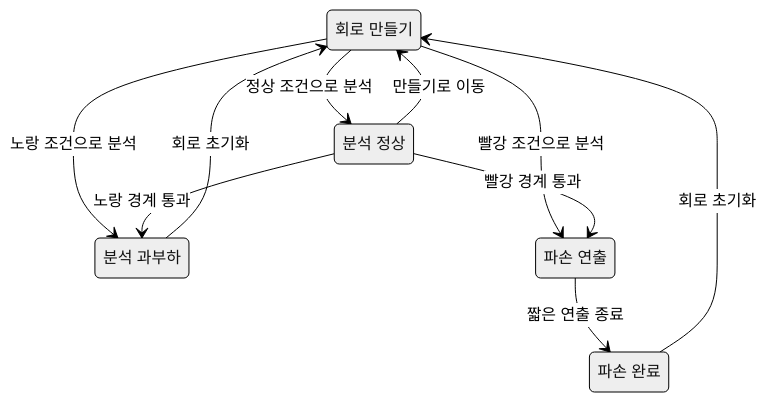
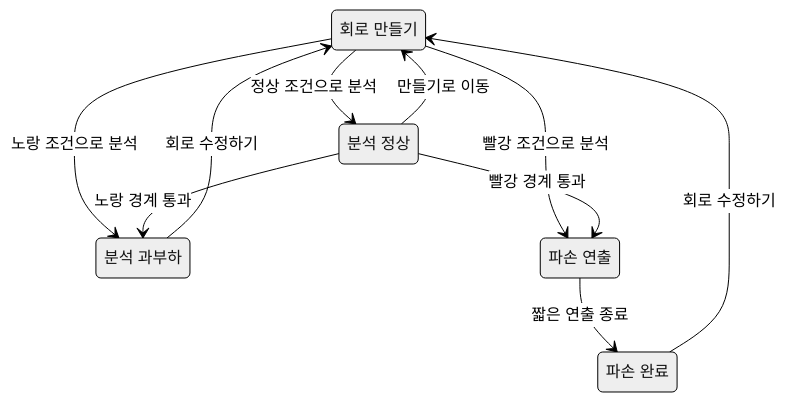
One commit to Cho-WH/circuit changed the diagram in docs/ux/diode-analysis.md. Above: the diagram before and after it, drawn with Mermaid (neutral theme). The commit also changed other lines of this file and 23 other files, not shown here.

````diff
--- a/docs/ux/diode-analysis.md
+++ b/docs/ux/diode-analysis.md
@@ -49,17 +49,17 @@
 ```mermaid
 stateDiagram-v2
     state "회로 만들기" as Build
     state "분석 정상" as Normal
     state "분석 과부하" as Overload
     state "파손 연출" as Breaking
     state "파손 완료" as Broken
     Build --> Normal: 정상 조건으로 분석
     Build --> Overload: 노랑 조건으로 분석
     Build --> Breaking: 빨강 조건으로 분석
     Normal --> Overload: 노랑 경계 통과
     Normal --> Breaking: 빨강 경계 통과
     Breaking --> Broken: 짧은 연출 종료
     Normal --> Build: 만들기로 이동
-    Overload --> Build: 회로 초기화
-    Broken --> Build: 회로 초기화
+    Overload --> Build: 회로 수정하기
+    Broken --> Build: 회로 수정하기
 ```
````
